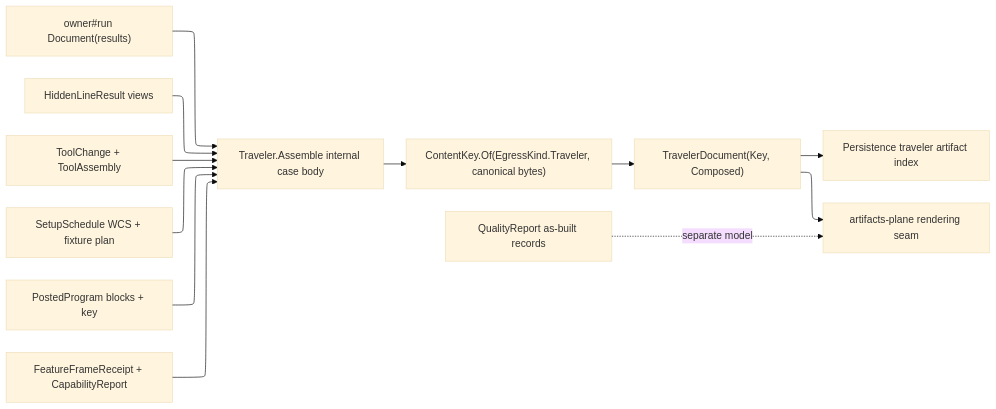
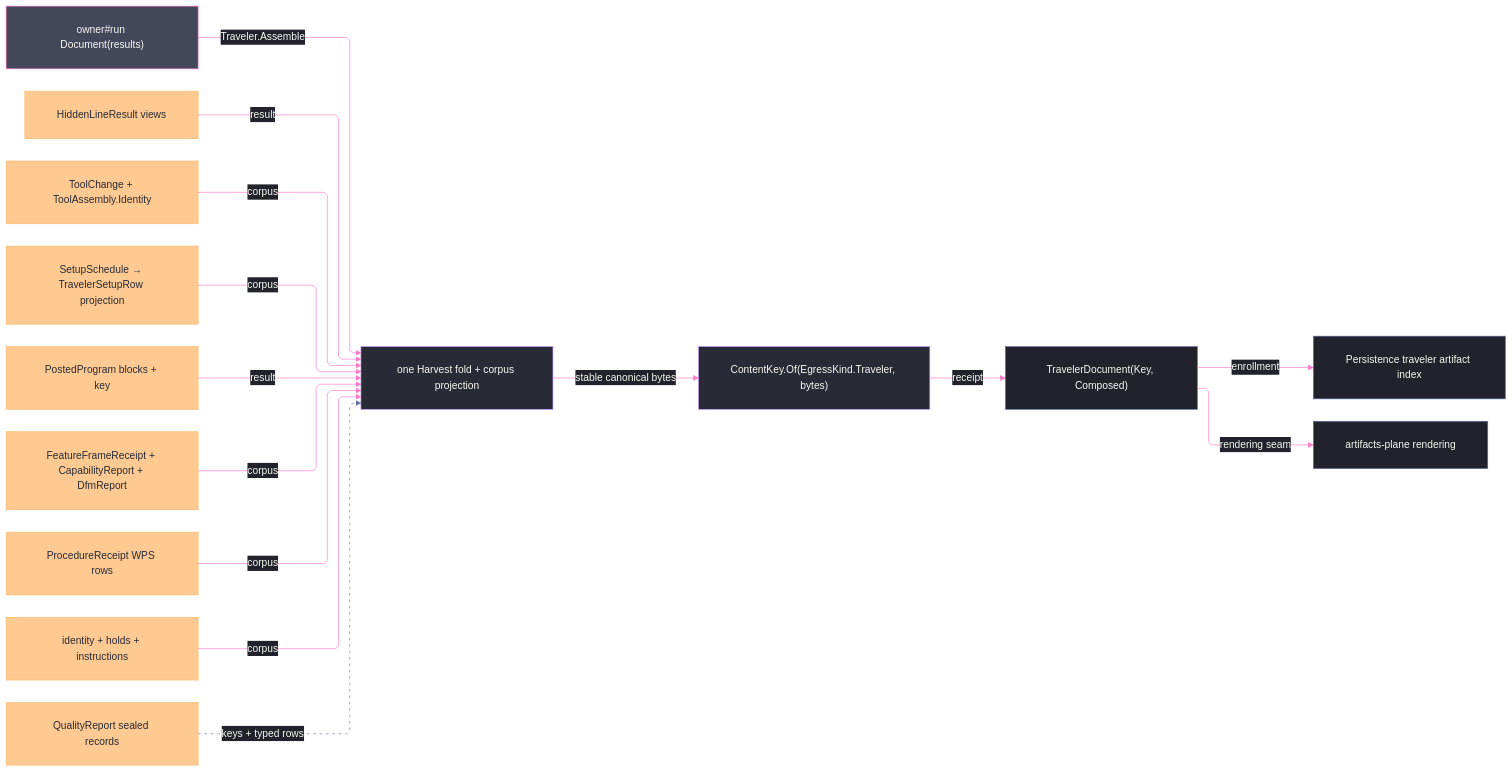
The diagram in libs/csharp/Rasm.Fabrication/.planning/Documentation/traveler.md (bsamiee/Rasm), drawn with Mermaid before and after one commit. The commit also changed other lines of this file and 79 other files, not shown here.

````diff
--- a/libs/csharp/Rasm.Fabrication/.planning/Documentation/traveler.md
+++ b/libs/csharp/Rasm.Fabrication/.planning/Documentation/traveler.md
@@ -301,19 +356,52 @@
 ```mermaid
 ---
 config:
+  theme: base
+  look: classic
   layout: elk
-  theme: base
+  flowchart:
+    curve: linear
+    padding: 25
+  themeVariables:
+    darkMode: true
+    fontFamily: "SF Mono, Menlo, Cascadia Mono, Segoe UI Mono, Consolas, monospace"
+    useGradient: false
+    dropShadow: "none"
+    background: "#282A36"
+    primaryColor: "#44475A"
+    primaryTextColor: "#F8F8F2"
+    primaryBorderColor: "#BD93F9"
+    mainBkg: "#44475A"
+    nodeBorder: "#BD93F9"
+    lineColor: "#FF79C6"
+    textColor: "#F8F8F2"
+    edgeLabelBackground: "#21222C"
+    labelBackgroundColor: "#21222C"
+  themeCSS: ".nodeLabel{font-size:13px;font-weight:500}.edgeLabel{font-size:12px;font-weight:500}.edge-thickness-normal{stroke-width:2px}.edge-thickness-thick{stroke-width:3px}.edge-pattern-dashed,.edge-pattern-dotted{stroke-width:1.5px;stroke-dasharray:4 6}.node rect,.node circle,.node polygon,.node path,.node .outer-path{stroke-width:1.5px;filter:none!important}.marker path{transform:scale(.8);transform-origin:5px 5px}.marker circle{transform:scale(.48);transform-origin:5px 5px}.edgeLabel rect{transform-box:fill-box;transform-origin:center;transform:scale(1.1,1.2)}"
 ---
 flowchart LR
-    Run["owner#run Document(results)"] --> Traveler["Traveler.Assemble internal case body"]
-    Projection["HiddenLineResult views"] --> Traveler
-    Magazine["ToolChange + ToolAssembly"] --> Traveler
-    Setup["SetupSchedule WCS + fixture plan"] --> Traveler
-    Program["PostedProgram blocks + key"] --> Traveler
-    Spec["FeatureFrameReceipt + CapabilityReport"] --> Traveler
-    Traveler --> Key["ContentKey.Of(EgressKind.Traveler, canonical bytes)"]
-    Key --> Result["TravelerDocument(Key, Composed)"]
-    Result --> Persistence["Persistence traveler artifact index"]
-    Result --> Artifacts["artifacts-plane rendering seam"]
-    Quality["QualityReport as-built records"] -.->|separate model| Artifacts
+    accTitle: Traveler fan-in seams
+    accDescr: Completed results harvest in one fold while corpus receipts project to document rows; the sealed body mints the content key that crosses to persistence and the artifacts plane.
+    Run["owner#run Document(results)"] -->|"Traveler.Assemble"| Traveler["one Harvest fold + corpus projection"]
+    Projection["HiddenLineResult views"] -->|"result"| Traveler
+    Magazine["ToolChange + ToolAssembly.Identity"] -->|"corpus"| Traveler
+    Setup["SetupSchedule → TravelerSetupRow projection"] -->|"corpus"| Traveler
+    Program["PostedProgram blocks + key"] -->|"result"| Traveler
+    Spec["FeatureFrameReceipt + CapabilityReport + DfmReport"] -->|"corpus"| Traveler
+    Procedure["ProcedureReceipt WPS rows"] -->|"corpus"| Traveler
+    Shop["identity + holds + instructions"] -->|"corpus"| Traveler
+    Traveler -->|"stable canonical bytes"| Key["ContentKey.Of(EgressKind.Traveler, bytes)"]
+    Key -->|"receipt"| Result["TravelerDocument(Key, Composed)"]
+    Result -->|"enrollment"| Persistence["Persistence traveler artifact index"]
+    Result -->|"rendering seam"| Artifacts["artifacts-plane rendering"]
+    Quality["QualityReport sealed records"] -.->|"keys + typed rows"| Traveler
+    classDef primary fill:#44475A,stroke:#FF79C6,color:#F8F8F2
+    classDef boundary fill:#282A36,stroke:#BD93F9,color:#F8F8F2
+    classDef data fill:#FFB86CBF,stroke:#FFB86C,color:#282A36
+    classDef annotation fill:#21222C,stroke:#6272A4,color:#F8F8F2
+    class Run primary
+    class Traveler,Key boundary
+    class Projection,Magazine,Setup,Program,Spec,Procedure,Shop,Quality data
+    class Result,Persistence,Artifacts annotation
+    linkStyle 12 stroke:#6272A4,color:#F8F8F2,stroke-dasharray:4 6
 ```
````
